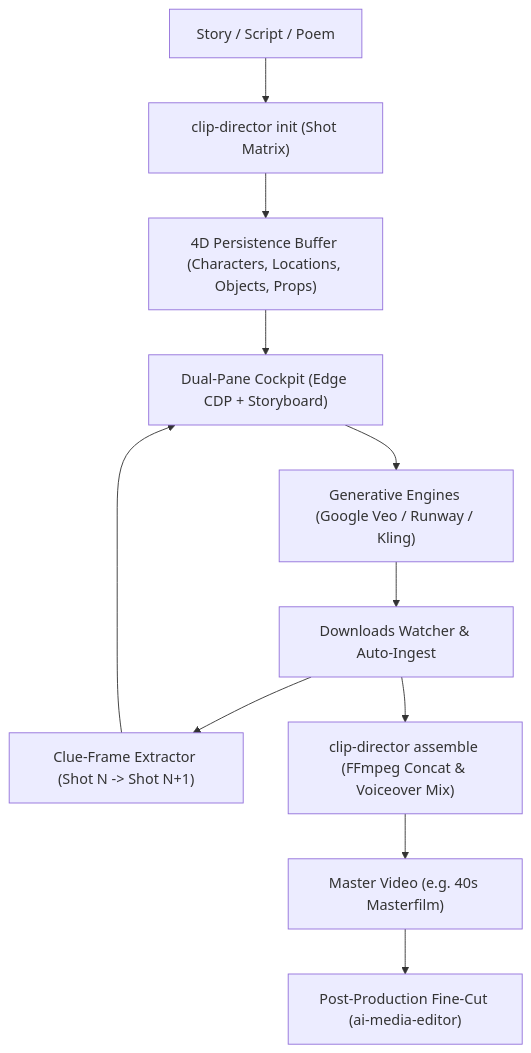
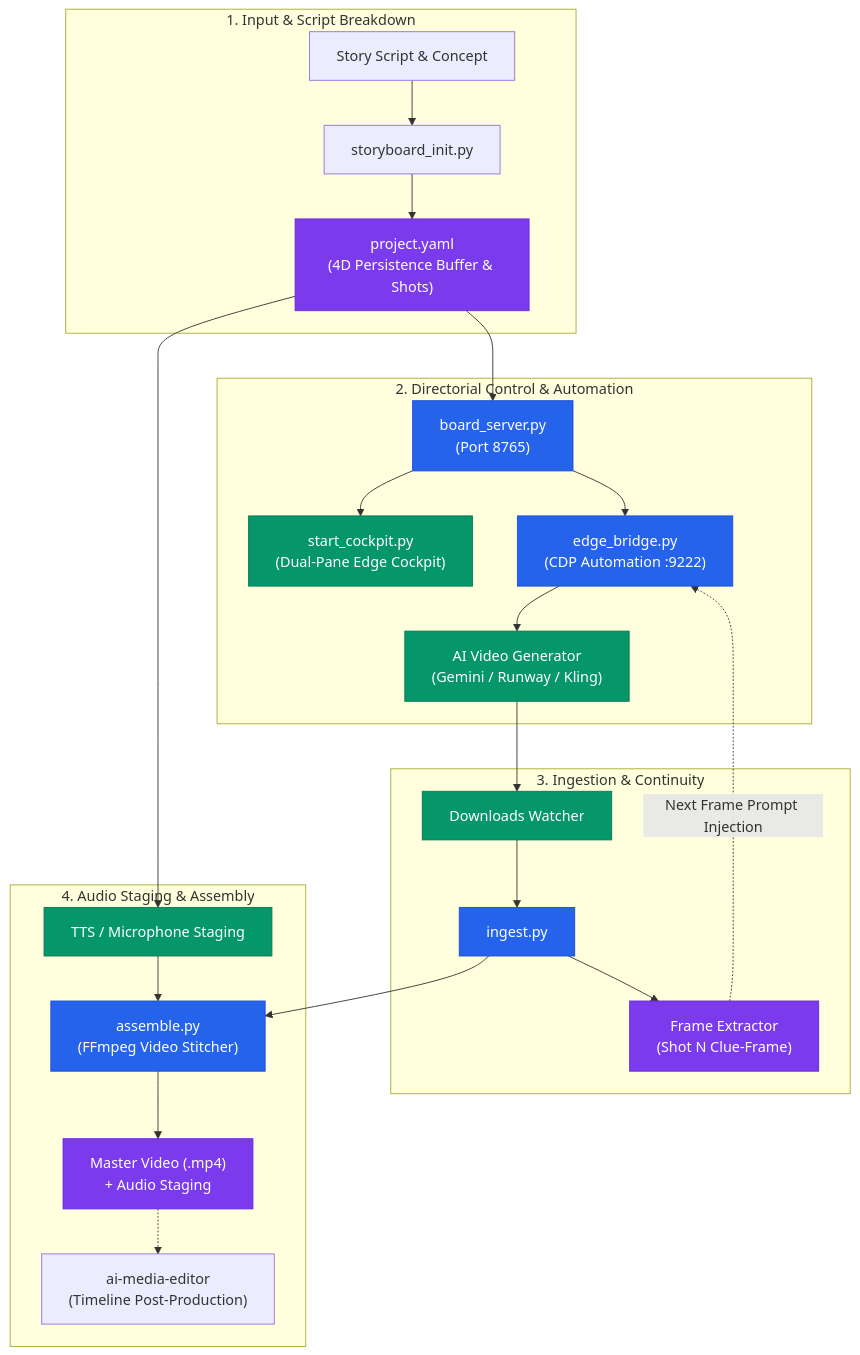
The first of 2 diagrams in README.md (ellmos-ai/clip-storyboard-director), drawn with Mermaid before and after one commit. The commit also changed other lines of this file and 25 other files, not shown here.

````diff
--- a/README.md
+++ b/README.md
@@ -34,13 +66,36 @@
 ```mermaid
-graph TD
-    Script["Story / Script / Poem"] --> Init["clip-director init (Shot Matrix)"]
-    Init --> Buffer["4D Persistence Buffer (Characters, Locations, Objects, Props)"]
-    Buffer --> Cockpit["Dual-Pane Cockpit (Edge CDP + Storyboard)"]
-    Cockpit --> Generator["Generative Engines (Google Veo / Runway / Kling)"]
-    Generator --> Watcher["Downloads Watcher & Auto-Ingest"]
-    Watcher --> Clue["Clue-Frame Extractor (Shot N -> Shot N+1)"]
-    Clue --> Cockpit
-    Watcher --> Assembly["clip-director assemble (FFmpeg Concat & Voiceover Mix)"]
-    Assembly --> Master["Master Video (e.g. 40s Masterfilm)"]
-    Master --> PostProduction["Post-Production Fine-Cut (ai-media-editor)"]
+flowchart TD
+    subgraph Input["1. Input & Script Breakdown"]
+        Script["Story Script & Concept"] --> Init["storyboard_init.py"]
+        Init --> Config["project.yaml<br/>(4D Persistence Buffer & Shots)"]
+    end
+
+    subgraph Directing["2. Directorial Control & Automation"]
+        Config --> Server["board_server.py<br/>(Port 8765)"]
+        Server --> Cockpit["start_cockpit.py<br/>(Dual-Pane Edge Cockpit)"]
+        Server --> Bridge["edge_bridge.py<br/>(CDP Automation :9222)"]
+        Bridge --> Gen["AI Video Generator<br/>(Gemini / Runway / Kling)"]
+    end
+
+    subgraph Ingestion["3. Ingestion & Continuity"]
+        Gen --> DL["Downloads Watcher"]
+        DL --> Ingest["ingest.py"]
+        Ingest --> Clue["Frame Extractor<br/>(Shot N Clue-Frame)"]
+        Clue -.->|"Next Frame Prompt Injection"| Bridge
+    end
+
+    subgraph Assembly["4. Audio Staging & Assembly"]
+        Config --> Voice["TTS / Microphone Staging"]
+        Ingest --> Assemble["assemble.py<br/>(FFmpeg Video Stitcher)"]
+        Voice --> Assemble
+        Assemble --> Master["Master Video (.mp4)<br/>+ Audio Staging"]
+        Master -.-> Handoff["ai-media-editor<br/>(Timeline Post-Production)"]
+    end
+
+    classDef core fill:#2563eb,stroke:#1d4ed8,color:#ffffff;
+    classDef buffer fill:#7c3aed,stroke:#6d28d9,color:#ffffff;
+    classDef io fill:#059669,stroke:#047857,color:#ffffff;
+    class Server,Bridge,Ingest,Assemble core;
+    class Config,Clue,Master buffer;
+    class Cockpit,Gen,DL,Voice io;
 ```
````
